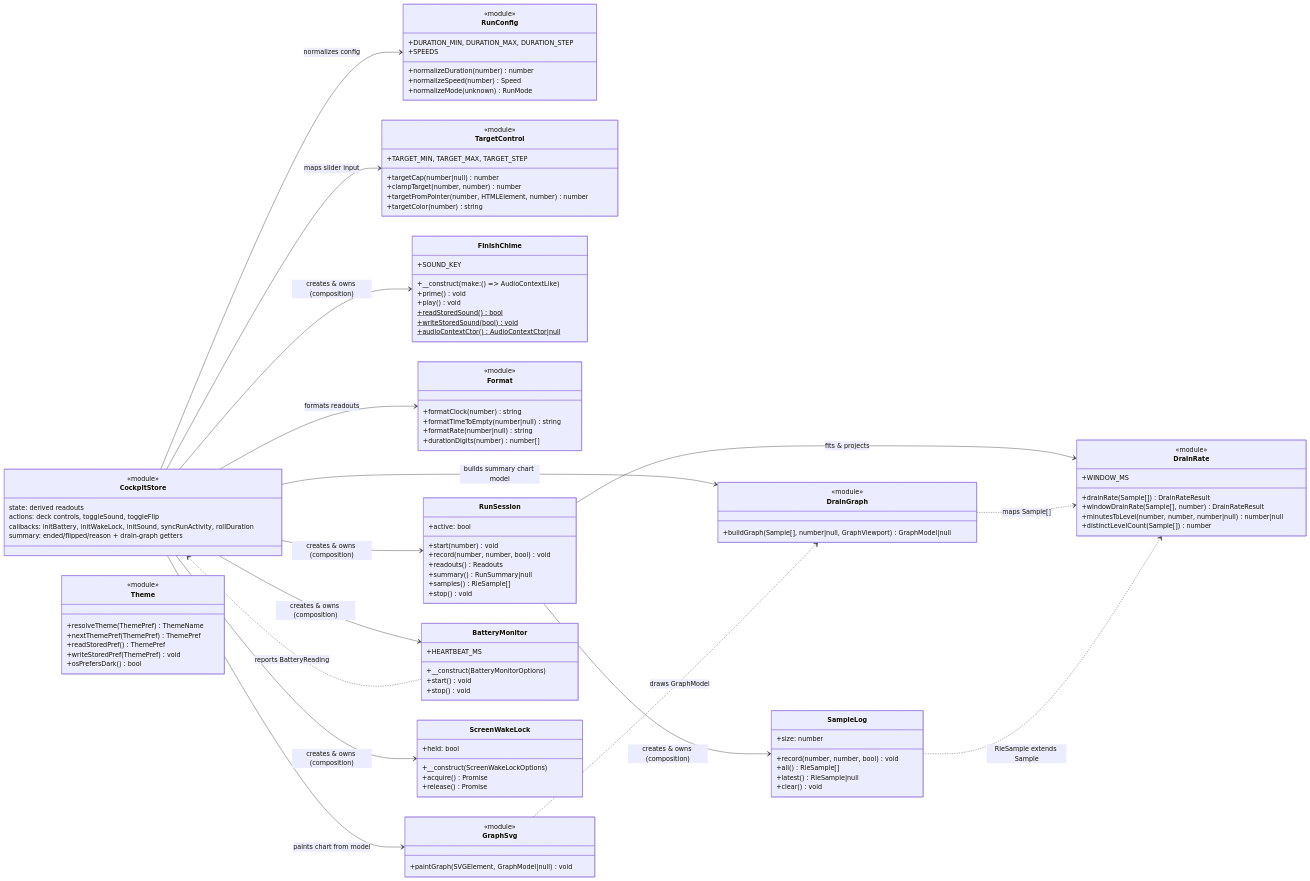
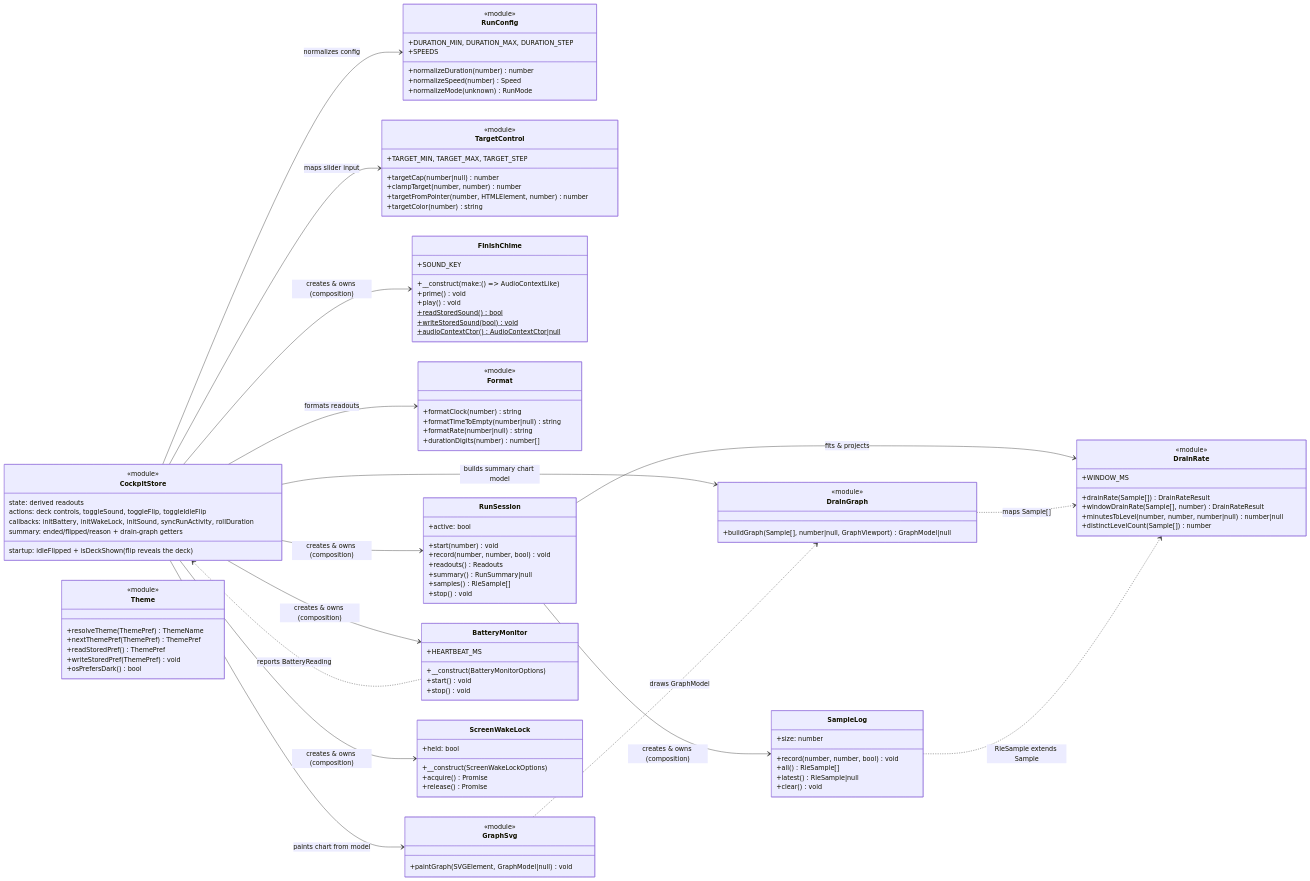
The diagram in docs/contracts/cockpit-frontend-modules.mmd (erdembircan/battery-surf-bench), drawn with Mermaid before and after one commit. The commit also changed 14 other files, not shown here.

First line of the commit message:
[FEAT]: reuse flip postcard for the startup screen

```diff
--- a/docs/contracts/cockpit-frontend-modules.mmd
+++ b/docs/contracts/cockpit-frontend-modules.mmd
@@ -1,129 +1,130 @@
 %% Cockpit front-end modules — contract chart.
 %% The client side of the `bsb/cockpit` block: the Interactivity store and the
 %% focused domains it delegates to. Function-only modules are marked
 %% <<module>>; the rest are classes. Only the public (exported) surface is shown.
 classDiagram
     direction LR
 
     class CockpitStore {
         <<module>>
         state: derived readouts
-        actions: deck controls, toggleSound, toggleFlip
+        actions: deck controls, toggleSound, toggleFlip, toggleIdleFlip
         callbacks: initBattery, initWakeLock, initSound, syncRunActivity, rollDuration
+        startup: idleFlipped + isDeckShown (flip reveals the deck)
         summary: ended/flipped/reason + drain-graph getters
     }
 
     class RunConfig {
         <<module>>
         +normalizeDuration(number) number
         +normalizeSpeed(number) Speed
         +normalizeMode(unknown) RunMode
         +DURATION_MIN, DURATION_MAX, DURATION_STEP
         +SPEEDS
     }
 
     class TargetControl {
         <<module>>
         +targetCap(number|null) number
         +clampTarget(number, number) number
         +targetFromPointer(number, HTMLElement, number) number
         +targetColor(number) string
         +TARGET_MIN, TARGET_MAX, TARGET_STEP
     }
 
     %% Dark mode is disabled: the Theme module is retained in the codebase but
     %% intentionally unwired — the store no longer imports it, so the cockpit
     %% renders the light palette only and nothing reads/writes the stored pref.
     class Theme {
         <<module>>
         +resolveTheme(ThemePref) ThemeName
         +nextThemePref(ThemePref) ThemePref
         +readStoredPref() ThemePref
         +writeStoredPref(ThemePref) void
         +osPrefersDark() bool
     }
 
     class FinishChime {
         +__construct(make: () =&gt; AudioContextLike)
         +prime() void
         +play() void
         +readStoredSound()$ bool
         +writeStoredSound(bool)$ void
         +audioContextCtor()$ AudioContextCtor|null
         +SOUND_KEY
     }
 
     class Format {
         <<module>>
         +formatClock(number) string
         +formatTimeToEmpty(number|null) string
         +formatRate(number|null) string
         +durationDigits(number) number[]
     }
 
     class DrainRate {
         <<module>>
         +drainRate(Sample[]) DrainRateResult
         +windowDrainRate(Sample[], number) DrainRateResult
         +minutesToLevel(number, number, number|null) number|null
         +distinctLevelCount(Sample[]) number
         +WINDOW_MS
     }
 
     class DrainGraph {
         <<module>>
         +buildGraph(Sample[], number|null, GraphViewport) GraphModel|null
     }
 
     class GraphSvg {
         <<module>>
         +paintGraph(SVGElement, GraphModel|null) void
     }
 
     class SampleLog {
         +record(number, number, bool) void
         +all() RleSample[]
         +latest() RleSample|null
         +size: number
         +clear() void
     }
 
     class RunSession {
         +start(number) void
         +active: bool
         +record(number, number, bool) void
         +readouts() Readouts
         +summary() RunSummary|null
         +samples() RleSample[]
         +stop() void
     }
 
     class BatteryMonitor {
         +__construct(BatteryMonitorOptions)
         +start() void
         +stop() void
         +HEARTBEAT_MS
     }
 
     class ScreenWakeLock {
         +__construct(ScreenWakeLockOptions)
         +acquire() Promise
         +release() Promise
         +held: bool
     }
 
     CockpitStore --> RunConfig : normalizes config
     CockpitStore --> TargetControl : maps slider input
     CockpitStore --> Format : formats readouts
     CockpitStore --> BatteryMonitor : creates & owns (composition)
     CockpitStore --> ScreenWakeLock : creates & owns (composition)
     CockpitStore --> RunSession : creates & owns (composition)
     CockpitStore --> FinishChime : creates & owns (composition)
     BatteryMonitor ..> CockpitStore : reports BatteryReading
     CockpitStore --> DrainGraph : builds summary chart model
     CockpitStore --> GraphSvg : paints chart from model
     GraphSvg ..> DrainGraph : draws GraphModel
     RunSession --> SampleLog : creates & owns (composition)
     RunSession --> DrainRate : fits & projects
     DrainGraph ..> DrainRate : maps Sample[]
     SampleLog ..> DrainRate : RleSample extends Sample
```
